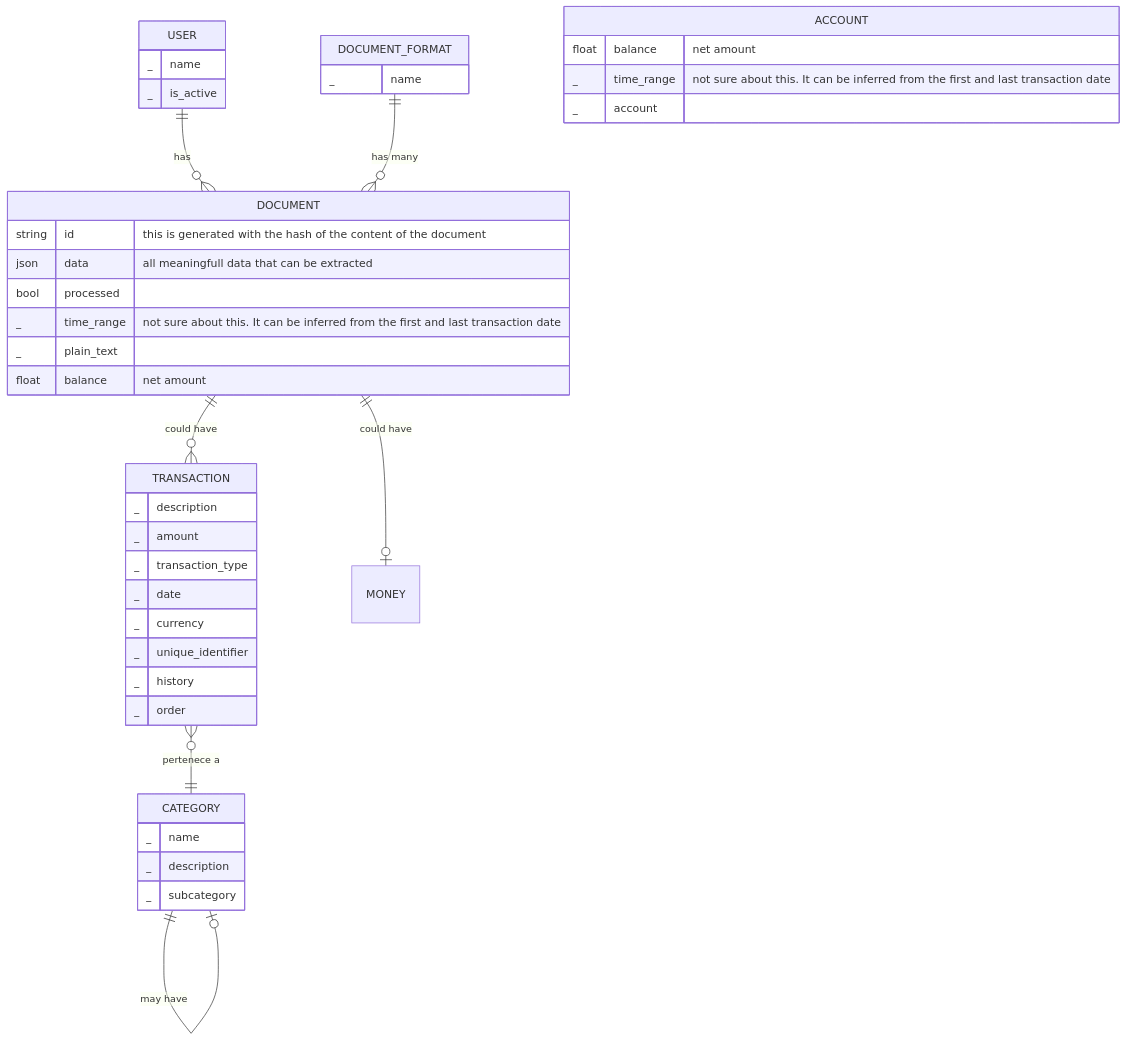
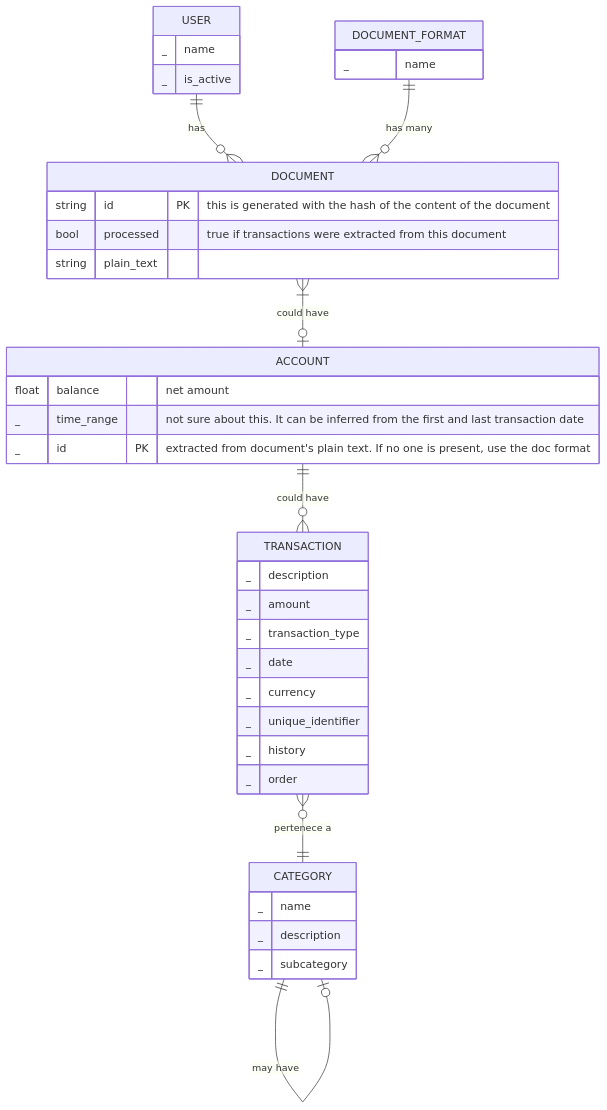
Before and after one commit to josueelias9/improving-BCP-organizate: the diagram in new-service/app/README.md, drawn with Mermaid. The commit also changed 3 other files, not shown here.

````diff
--- a/new-service/app/README.md
+++ b/new-service/app/README.md
@@ -22,55 +22,52 @@
 ```mermaid
 erDiagram
 
 
     USER {
         _ name
         _ is_active
     }
 
     TRANSACTION {
         _ description
         _ amount
         _ transaction_type
         _ date
         _ currency
         _ unique_identifier 
         _ history
         _ order
     }
 
     CATEGORY {
         _ name
         _ description
         _ subcategory
     }
 
     DOCUMENT_FORMAT {
         _ name
     }
 
 
     ACCOUNT {        
         float balance "net amount"
         _ time_range "not sure about this. It can be inferred from the first and last transaction date"
-        _ account
+        _ id PK "extracted from document's plain text. If no one is present, use the doc format"
     }
 
     DOCUMENT {
-        string id "this is generated with the hash of the content of the document"
-        json data "all meaningfull data that can be extracted"
-        bool processed
-        _ time_range "not sure about this. It can be inferred from the first and last transaction date"
-        _ plain_text
-        float balance "net amount"
+        string id PK "this is generated with the hash of the content of the document"
+        bool processed "true if transactions were extracted from this document"
+        string plain_text
     }
 
     %% Relaciones
     USER ||--o{ DOCUMENT : "has"
-    DOCUMENT ||--o{ TRANSACTION : "could have"
+    ACCOUNT ||--o{ TRANSACTION : "could have"
     TRANSACTION }o--|| CATEGORY : "pertenece a"
     CATEGORY ||--o| CATEGORY : "may have"
     DOCUMENT_FORMAT ||--o{ DOCUMENT : "has many"
-    DOCUMENT ||--o| MONEY : "could have"
+    DOCUMENT }|--o| ACCOUNT : "could have"
     
 ```
````
